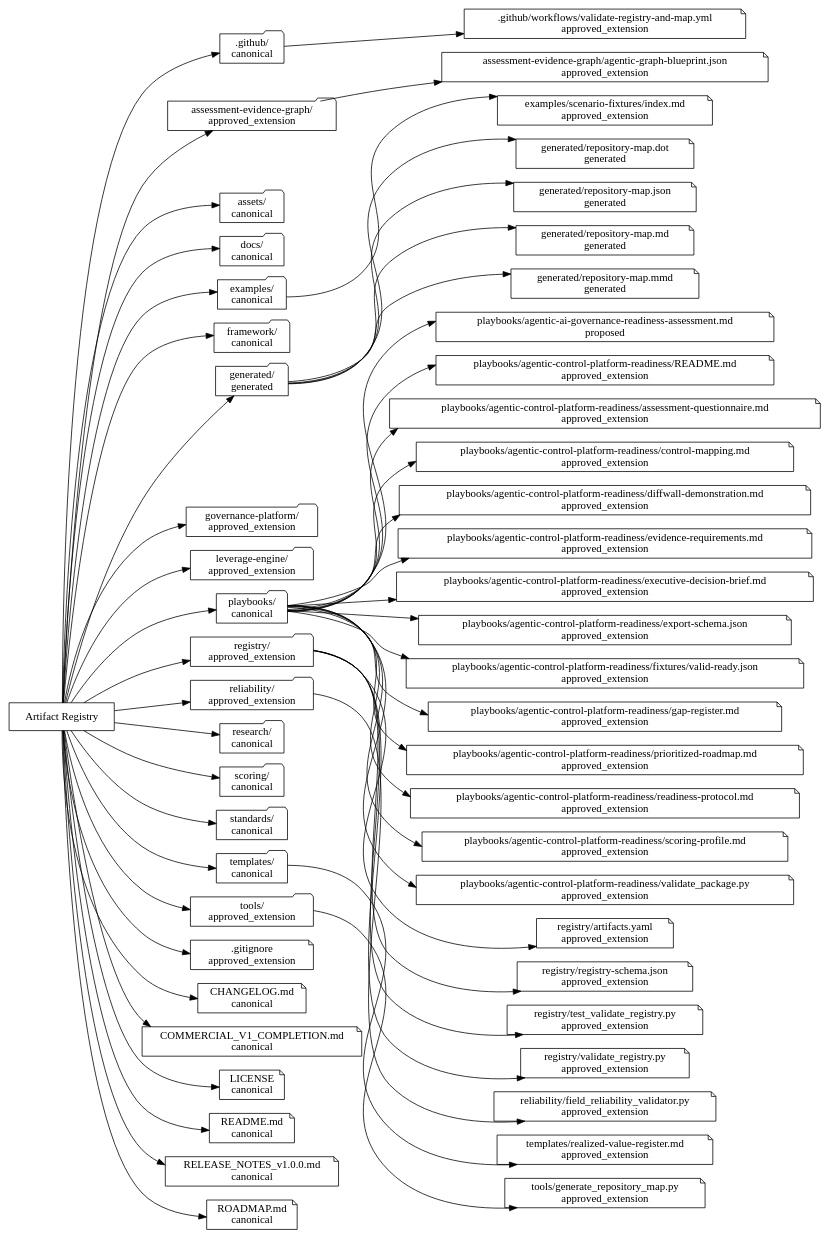
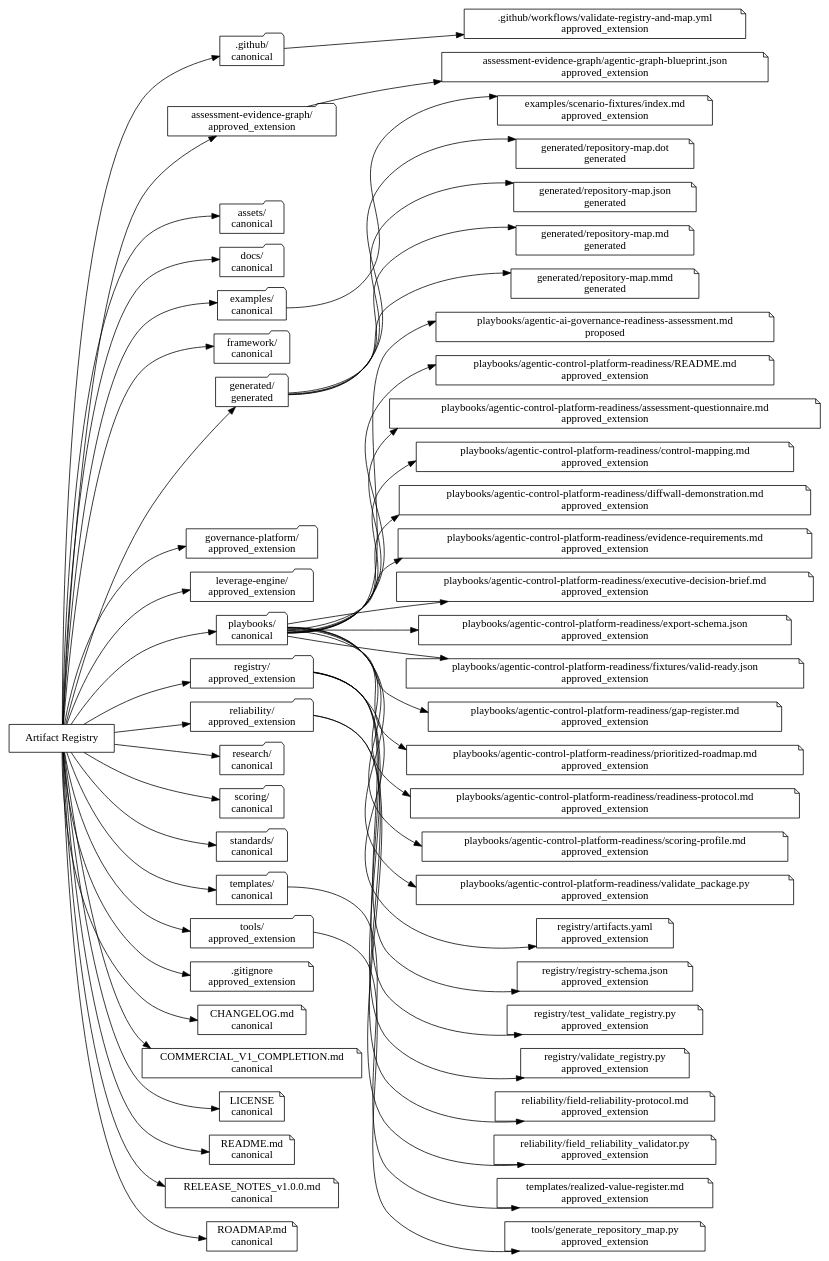
The diagram in generated/repository-map.dot (dburt-proex/operator-intelligence), drawn with Graphviz before and after one commit. The commit also changed 11 other files, not shown here.

```diff
--- a/generated/repository-map.dot
+++ b/generated/repository-map.dot
@@ -1,108 +1,110 @@
 digraph OperatorIntelligence {
   rankdir="LR";
   registry [label="Artifact Registry", shape=box];
   root1 [label=".github/\ncanonical", shape=folder];
   registry -> root1;
   root2 [label="assessment-evidence-graph/\napproved_extension", shape=folder];
   registry -> root2;
   root3 [label="assets/\ncanonical", shape=folder];
   registry -> root3;
   root4 [label="docs/\ncanonical", shape=folder];
   registry -> root4;
   root5 [label="examples/\ncanonical", shape=folder];
   registry -> root5;
   root6 [label="framework/\ncanonical", shape=folder];
   registry -> root6;
   root7 [label="generated/\ngenerated", shape=folder];
   registry -> root7;
   root8 [label="governance-platform/\napproved_extension", shape=folder];
   registry -> root8;
   root9 [label="leverage-engine/\napproved_extension", shape=folder];
   registry -> root9;
   root10 [label="playbooks/\ncanonical", shape=folder];
   registry -> root10;
   root11 [label="registry/\napproved_extension", shape=folder];
   registry -> root11;
   root12 [label="reliability/\napproved_extension", shape=folder];
   registry -> root12;
   root13 [label="research/\ncanonical", shape=folder];
   registry -> root13;
   root14 [label="scoring/\ncanonical", shape=folder];
   registry -> root14;
   root15 [label="standards/\ncanonical", shape=folder];
   registry -> root15;
   root16 [label="templates/\ncanonical", shape=folder];
   registry -> root16;
   root17 [label="tools/\napproved_extension", shape=folder];
   registry -> root17;
   artifact1 [label=".github/workflows/validate-registry-and-map.yml\napproved_extension", shape=note];
   root1 -> artifact1;
   artifact2 [label=".gitignore\napproved_extension", shape=note];
   registry -> artifact2;
   artifact3 [label="CHANGELOG.md\ncanonical", shape=note];
   registry -> artifact3;
   artifact4 [label="COMMERCIAL_V1_COMPLETION.md\ncanonical", shape=note];
   registry -> artifact4;
   artifact5 [label="LICENSE\ncanonical", shape=note];
   registry -> artifact5;
   artifact6 [label="README.md\ncanonical", shape=note];
   registry -> artifact6;
   artifact7 [label="RELEASE_NOTES_v1.0.0.md\ncanonical", shape=note];
   registry -> artifact7;
   artifact8 [label="ROADMAP.md\ncanonical", shape=note];
   registry -> artifact8;
   artifact9 [label="assessment-evidence-graph/agentic-graph-blueprint.json\napproved_extension", shape=note];
   root2 -> artifact9;
   artifact10 [label="examples/scenario-fixtures/index.md\napproved_extension", shape=note];
   root5 -> artifact10;
   artifact11 [label="generated/repository-map.dot\ngenerated", shape=note];
   root7 -> artifact11;
   artifact12 [label="generated/repository-map.json\ngenerated", shape=note];
   root7 -> artifact12;
   artifact13 [label="generated/repository-map.md\ngenerated", shape=note];
   root7 -> artifact13;
   artifact14 [label="generated/repository-map.mmd\ngenerated", shape=note];
   root7 -> artifact14;
   artifact15 [label="playbooks/agentic-ai-governance-readiness-assessment.md\nproposed", shape=note];
   root10 -> artifact15;
   artifact16 [label="playbooks/agentic-control-platform-readiness/README.md\napproved_extension", shape=note];
   root10 -> artifact16;
   artifact17 [label="playbooks/agentic-control-platform-readiness/assessment-questionnaire.md\napproved_extension", shape=note];
   root10 -> artifact17;
   artifact18 [label="playbooks/agentic-control-platform-readiness/control-mapping.md\napproved_extension", shape=note];
   root10 -> artifact18;
   artifact19 [label="playbooks/agentic-control-platform-readiness/diffwall-demonstration.md\napproved_extension", shape=note];
   root10 -> artifact19;
   artifact20 [label="playbooks/agentic-control-platform-readiness/evidence-requirements.md\napproved_extension", shape=note];
   root10 -> artifact20;
   artifact21 [label="playbooks/agentic-control-platform-readiness/executive-decision-brief.md\napproved_extension", shape=note];
   root10 -> artifact21;
   artifact22 [label="playbooks/agentic-control-platform-readiness/export-schema.json\napproved_extension", shape=note];
   root10 -> artifact22;
   artifact23 [label="playbooks/agentic-control-platform-readiness/fixtures/valid-ready.json\napproved_extension", shape=note];
   root10 -> artifact23;
   artifact24 [label="playbooks/agentic-control-platform-readiness/gap-register.md\napproved_extension", shape=note];
   root10 -> artifact24;
   artifact25 [label="playbooks/agentic-control-platform-readiness/prioritized-roadmap.md\napproved_extension", shape=note];
   root10 -> artifact25;
   artifact26 [label="playbooks/agentic-control-platform-readiness/readiness-protocol.md\napproved_extension", shape=note];
   root10 -> artifact26;
   artifact27 [label="playbooks/agentic-control-platform-readiness/scoring-profile.md\napproved_extension", shape=note];
   root10 -> artifact27;
   artifact28 [label="playbooks/agentic-control-platform-readiness/validate_package.py\napproved_extension", shape=note];
   root10 -> artifact28;
   artifact29 [label="registry/artifacts.yaml\napproved_extension", shape=note];
   root11 -> artifact29;
   artifact30 [label="registry/registry-schema.json\napproved_extension", shape=note];
   root11 -> artifact30;
   artifact31 [label="registry/test_validate_registry.py\napproved_extension", shape=note];
   root11 -> artifact31;
   artifact32 [label="registry/validate_registry.py\napproved_extension", shape=note];
   root11 -> artifact32;
-  artifact33 [label="reliability/field_reliability_validator.py\napproved_extension", shape=note];
+  artifact33 [label="reliability/field-reliability-protocol.md\napproved_extension", shape=note];
   root12 -> artifact33;
-  artifact34 [label="templates/realized-value-register.md\napproved_extension", shape=note];
-  root16 -> artifact34;
-  artifact35 [label="tools/generate_repository_map.py\napproved_extension", shape=note];
-  root17 -> artifact35;
+  artifact34 [label="reliability/field_reliability_validator.py\napproved_extension", shape=note];
+  root12 -> artifact34;
+  artifact35 [label="templates/realized-value-register.md\napproved_extension", shape=note];
+  root16 -> artifact35;
+  artifact36 [label="tools/generate_repository_map.py\napproved_extension", shape=note];
+  root17 -> artifact36;
 }
```
